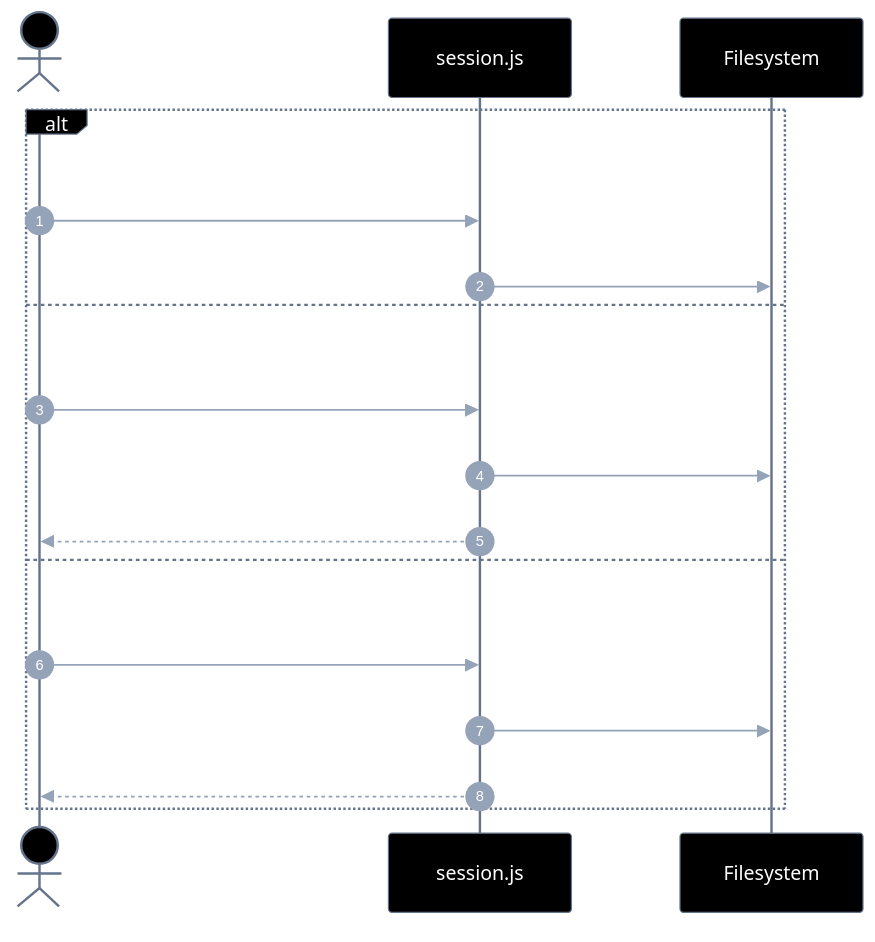
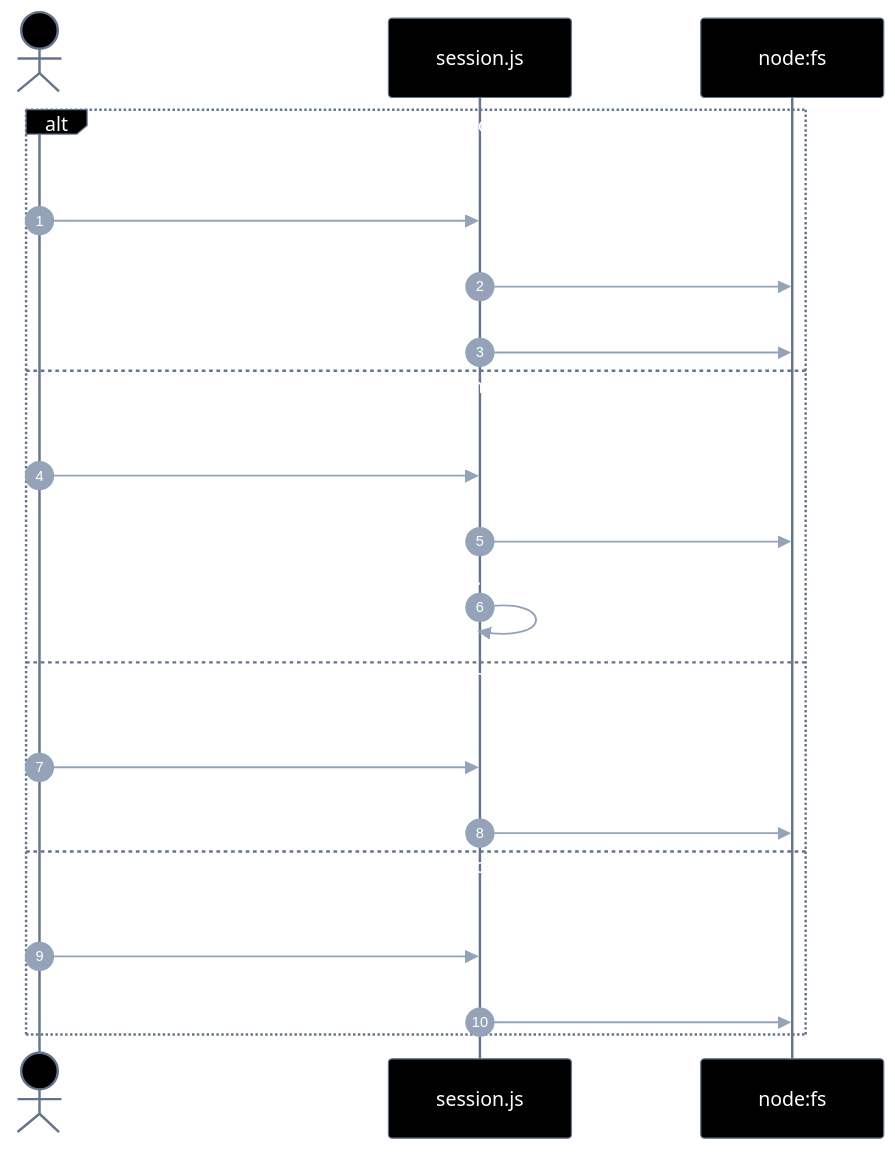
One commit to laerciogermano/workstation changed the eighth of 10 diagrams in screen-robot/arquitetura.md. Above: the diagram before and after it, drawn with Mermaid. The commit also changed other lines of this file, not shown here.

````diff
--- a/screen-robot/arquitetura.md
+++ b/screen-robot/arquitetura.md
@@ -733,44 +814,45 @@
 ```mermaid
 ---
 config:
   theme: base
   themeVariables:
     darkMode: true
     background: '#000000'
     primaryColor: '#000000'
     primaryTextColor: '#ffffff'
     primaryBorderColor: '#64748b'
     lineColor: '#64748b'
     textColor: '#ffffff'
     mainBkg: '#000000'
     actorBkg: '#000000'
     actorBorder: '#64748b'
     actorTextColor: '#ffffff'
     signalColor: '#94a3b8'
     signalTextColor: '#ffffff'
     noteBorderColor: '#64748b'
     noteBkgColor: '#111111'
     noteTextColor: '#ffffff'
-    activationBorderColor: '#64748b'
-    activationBkgColor: '#1a1a1a'
     sequenceNumberColor: '#ffffff'
 ---
 sequenceDiagram
   autonumber
   actor Caller
   participant S as session.js
-  participant FS as Filesystem
+  participant FS as node:fs
 
-  alt save
+  alt saveSession
     Caller->>S: saveSession({ serial, kind, path, state })
-    S->>FS: merge JSON + savedAt
-  else restore
+    S->>FS: mkdirSync dirname
+    S->>FS: writeFileSync JSON
+  else restoreSession
     Caller->>S: restoreSession({ path })
-    S->>FS: read JSON
-    S-->>Caller: state
-  else remove
+    S->>FS: existsSync / readFileSync
+    S->>S: JSON.parse
+  else removeSession
     Caller->>S: removeSession({ path })
-    S->>FS: unlink se existir
-    S-->>Caller: bool
+    S->>FS: unlinkSync se existe
+  else loadSession (deprecated)
+    Caller->>S: loadSession(path)
+    S->>FS: readFileSync | null
   end
 ```
````
